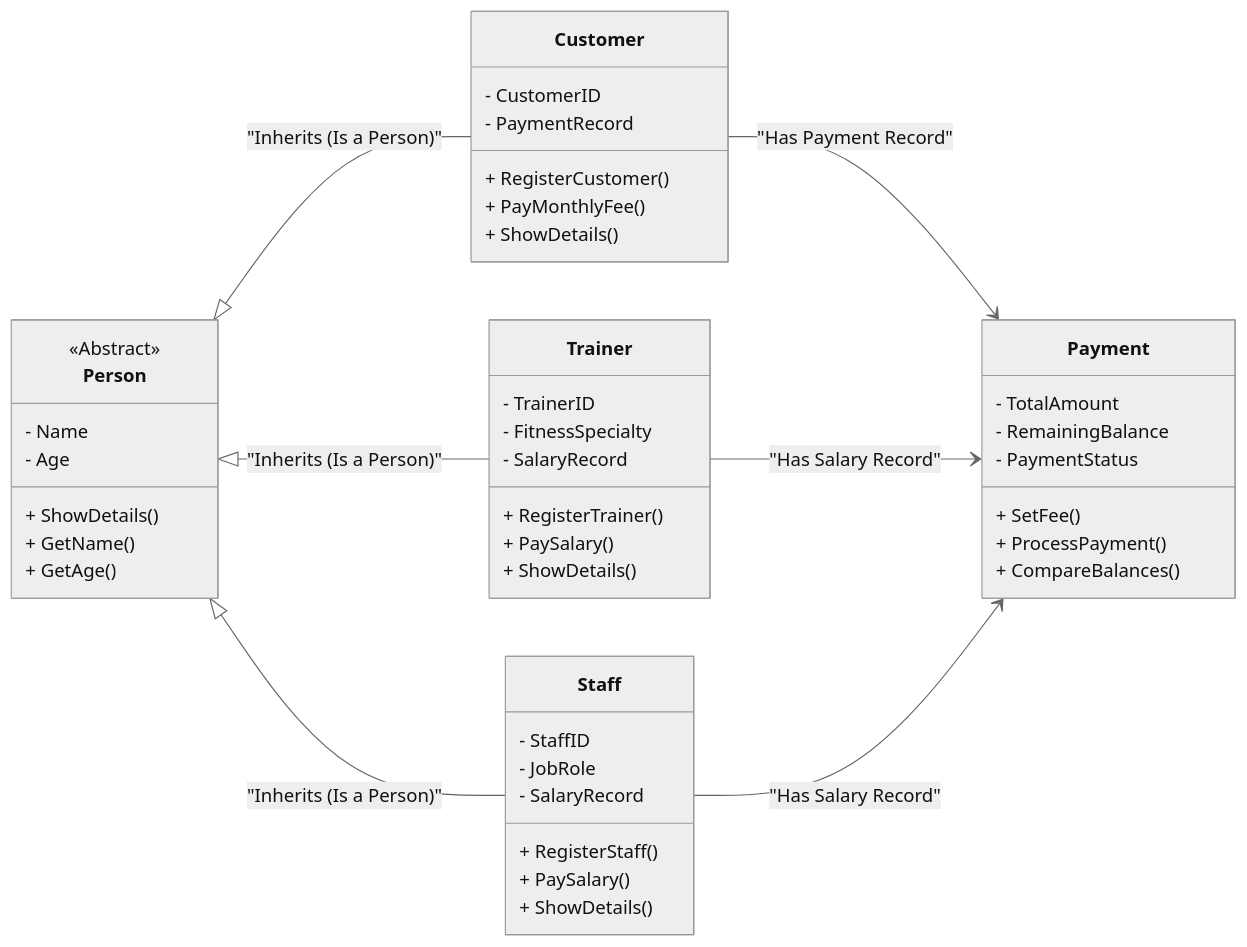
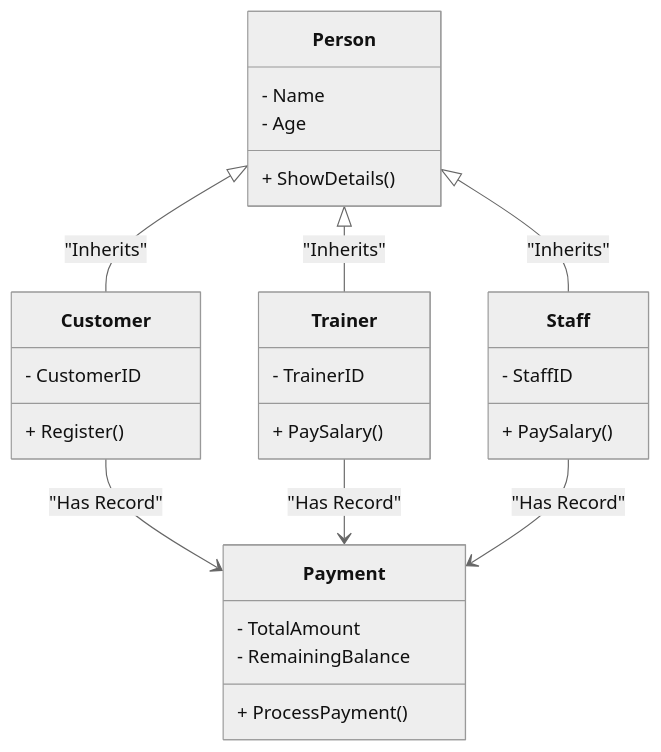
Before and after one commit to Akaza41/gym-management-cpp: the diagram in Project_Documentation.md, drawn with Mermaid (neutral theme).

Commit message:
Fix documentation diagram rendering and line endings

````diff
--- a/Project_Documentation.md
+++ b/Project_Documentation.md
@@ -93,54 +93,32 @@
 ```mermaid
 classDiagram
-    direction LR
+    Person <|-- Customer : "Inherits"
+    Person <|-- Trainer : "Inherits"
+    Person <|-- Staff : "Inherits"
+    Customer --> Payment : "Has Record"
+    Trainer --> Payment : "Has Record"
+    Staff --> Payment : "Has Record"
+
     class Person {
-        <<Abstract>>
         - Name
         - Age
         + ShowDetails()
-        + GetName()
-        + GetAge()
     }
-
     class Payment {
         - TotalAmount
         - RemainingBalance
-        - PaymentStatus
-        + SetFee()
         + ProcessPayment()
-        + CompareBalances()
     }
-
     class Customer {
         - CustomerID
-        - PaymentRecord
-        + RegisterCustomer()
-        + PayMonthlyFee()
-        + ShowDetails()
+        + Register()
     }
-
     class Trainer {
         - TrainerID
-        - FitnessSpecialty
-        - SalaryRecord
-        + RegisterTrainer()
         + PaySalary()
-        + ShowDetails()
     }
-
     class Staff {
         - StaffID
-        - JobRole
-        - SalaryRecord
-        + RegisterStaff()
         + PaySalary()
-        + ShowDetails()
     }
-
-    Person <|-- Customer : "Inherits (Is a Person)"
-    Person <|-- Trainer : "Inherits (Is a Person)"
-    Person <|-- Staff : "Inherits (Is a Person)"
-    Customer --> Payment : "Has Payment Record"
-    Trainer --> Payment : "Has Salary Record"
-    Staff --> Payment : "Has Salary Record"
 ```
````
